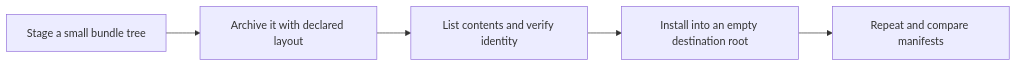
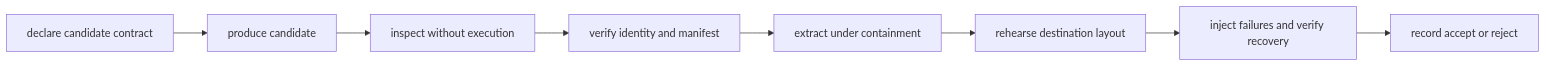
One commit to bijux/bijux-masterclass changed the first of 3 diagrams in programs/reproducible-research/deep-dive-make/course-book/module-08-release-engineering-artifact-contracts/index.md. Above: the diagram before and after it, drawn with Mermaid. The commit also changed other lines of this file, not shown here.

````diff
--- a/programs/reproducible-research/deep-dive-make/course-book/module-08-release-engineering-artifact-contracts/index.md
+++ b/programs/reproducible-research/deep-dive-make/course-book/module-08-release-engineering-artifact-contracts/index.md
@@ -46,7 +98,10 @@
 ```mermaid
 flowchart LR
-  stage["Stage a small bundle tree"] --> archive["Archive it with declared layout"]
-  archive --> verify["List contents and verify identity"]
-  verify --> install["Install into an empty destination root"]
-  install --> repeat["Repeat and compare manifests"]
+  contract["declare candidate contract"] --> build["produce candidate"]
+  build --> inspect["inspect without execution"]
+  inspect --> verify["verify identity and manifest"]
+  verify --> extract["extract under containment"]
+  extract --> install["rehearse destination layout"]
+  install --> fail["inject failures and verify recovery"]
+  fail --> accept["record accept or reject"]
 ```
````
